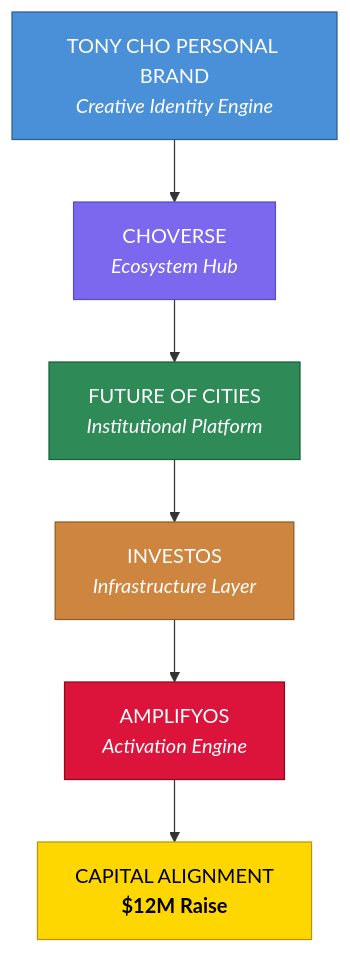
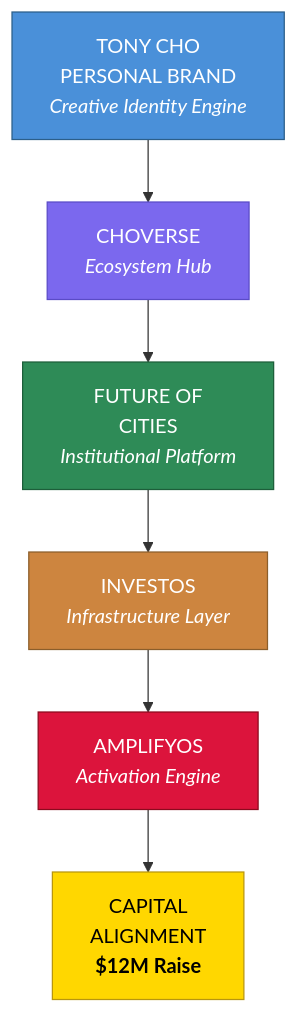
The second of 11 diagrams in brands-reorg/cho-ventures-ai/spec/pricing/final-pricing-strategy.md (Light-Brands/brand-factory), drawn with Mermaid before and after one commit. The commit also changed other lines of this file and 1 other file, not shown here.

First line of the commit message:
Fix Mermaid diagram text wrapping to prevent label cutoff

````diff
--- a/brands-reorg/cho-ventures-ai/spec/pricing/final-pricing-strategy.md
+++ b/brands-reorg/cho-ventures-ai/spec/pricing/final-pricing-strategy.md
@@ -88,18 +88,18 @@
 ```mermaid
 flowchart TD
-    TC["TONY CHO PERSONAL BRAND<br/><i>Creative Identity Engine</i>"]
+    TC["TONY CHO<br/>PERSONAL BRAND<br/><i>Creative Identity Engine</i>"]
     CV["CHOVERSE<br/><i>Ecosystem Hub</i>"]
-    FOC["FUTURE OF CITIES<br/><i>Institutional Platform</i>"]
+    FOC["FUTURE OF<br/>CITIES<br/><i>Institutional Platform</i>"]
     IO["INVESTOS<br/><i>Infrastructure Layer</i>"]
     AO["AMPLIFYOS<br/><i>Activation Engine</i>"]
-    CA["CAPITAL ALIGNMENT<br/><b>$12M Raise</b>"]
+    CA["CAPITAL<br/>ALIGNMENT<br/><b>$12M Raise</b>"]
 
     TC --> CV --> FOC --> IO --> AO --> CA
 
     style TC fill:#4A90D9,stroke:#2C5F8A,color:#fff
     style CV fill:#7B68EE,stroke:#5A4BC7,color:#fff
     style FOC fill:#2E8B57,stroke:#1D5E3A,color:#fff
     style IO fill:#CD853F,stroke:#8B5E2B,color:#fff
     style AO fill:#DC143C,stroke:#8B0A1E,color:#fff
     style CA fill:#FFD700,stroke:#B8960F,color:#000
 ```
````
